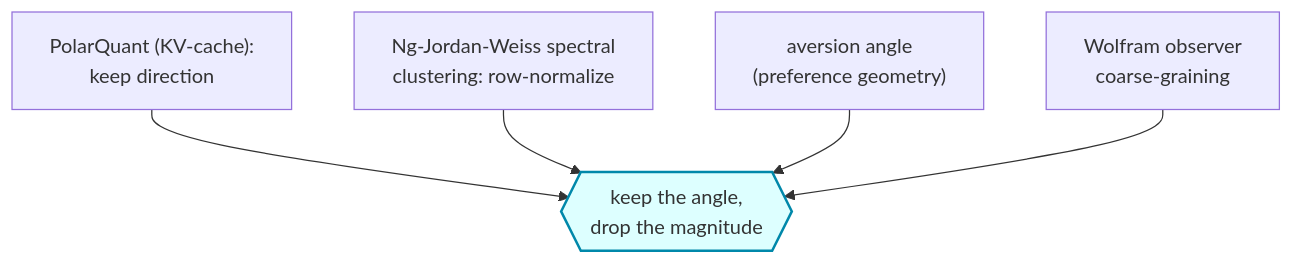
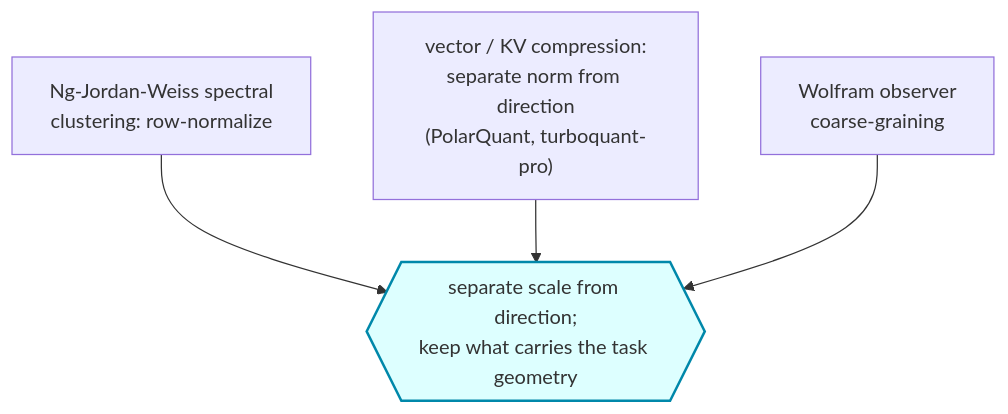
The second of 3 diagrams in README.md (ahb-sjsu/the-angular-observer), drawn with Mermaid before and after one commit. The commit also changed other lines of this file and 9 other files, not shown here.

````diff
--- a/README.md
+++ b/README.md
@@ -46,9 +53,8 @@
 ```mermaid
 flowchart TD
-    P["PolarQuant (KV-cache):<br/>keep direction"] --> K
     N["Ng-Jordan-Weiss spectral<br/>clustering: row-normalize"] --> K
-    AV["aversion angle<br/>(preference geometry)"] --> K
+    V["vector / KV compression:<br/>separate norm from direction<br/>(PolarQuant, turboquant-pro)"] --> K
     W["Wolfram observer<br/>coarse-graining"] --> K
-    K{{"keep the angle,<br/>drop the magnitude"}}
+    K{{"separate scale from direction;<br/>keep what carries the task geometry"}}
     style K fill:#ddffff,stroke:#0088aa,stroke-width:2px
 ```
````
